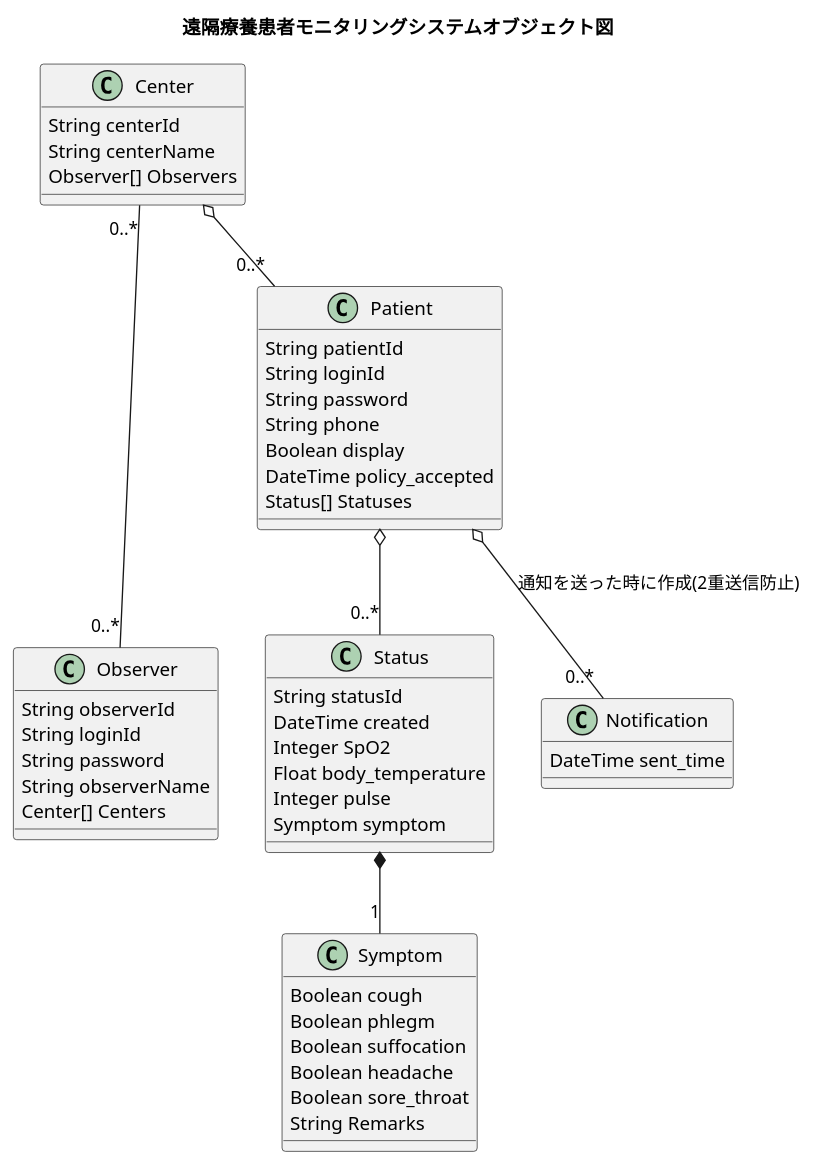
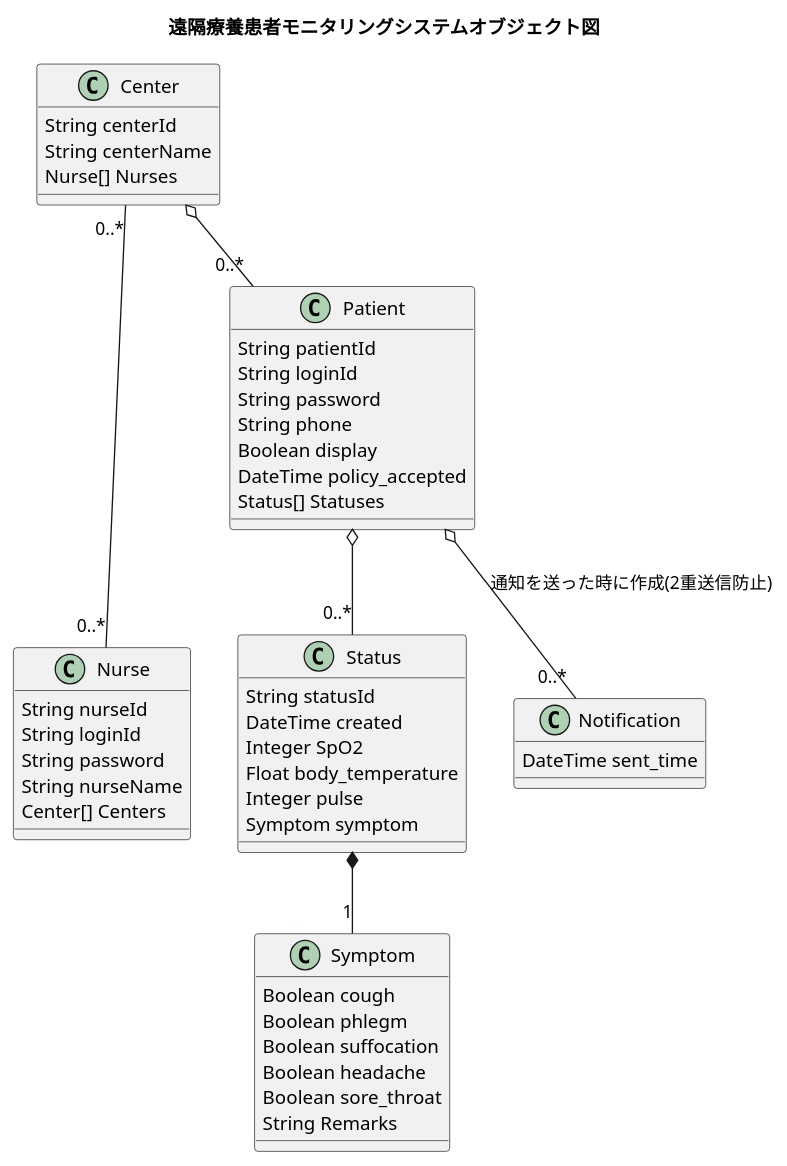
One commit to codeforjapan/remote-patient-monitoring-api changed the diagram in docs/uml/CLASSES.md. Above: the diagram before and after it, drawn with PlantUML.

Commit message:
change observer to nurse

````diff
--- a/docs/uml/CLASSES.md
+++ b/docs/uml/CLASSES.md
@@ -7,58 +7,58 @@
 ```uml
 @startuml RemotePatientMonitoring
 title 遠隔療養患者モニタリングシステムオブジェクト図
 skinparam backgroundColor white
 
-Center "0..*" --- "0..*" Observer
+Center "0..*" --- "0..*" Nurse
 Center o-- "0..*" Patient
 Patient o-- "0..*" Status
 Status *-- "1" Symptom
 Patient o-- "0..*" Notification :通知を送った時に作成(2重送信防止)
 
 class Center {
     String centerId
     String centerName
-    Observer[] Observers
+    Nurse[] Nurses
 }
 
-class Observer {
-    String observerId
+class Nurse {
+    String nurseId
     String loginId
     String password
-    String observerName
+    String nurseName
     Center[] Centers
 }
 
 class Patient {
     String patientId
     String loginId
     String password
     String phone
     Boolean display
     DateTime policy_accepted
     Status[] Statuses
 }
 
 class Status {
     String statusId
     DateTime created
     Integer SpO2
     Float body_temperature
     Integer pulse
     Symptom symptom
 }
 
 class Symptom {
     Boolean cough
     Boolean phlegm
     Boolean suffocation
     Boolean headache
     Boolean sore_throat
     String Remarks
 }
 
 class Notification {
     DateTime sent_time
 }
 @enduml
 ```
````
